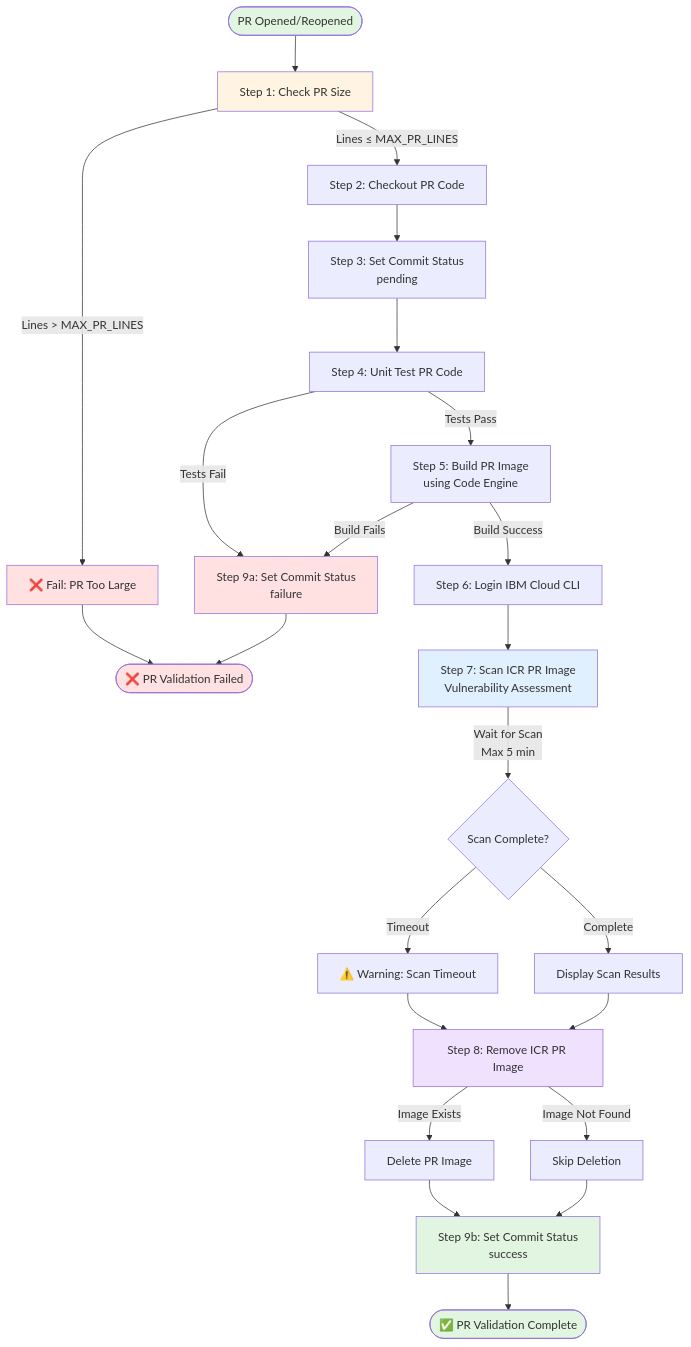
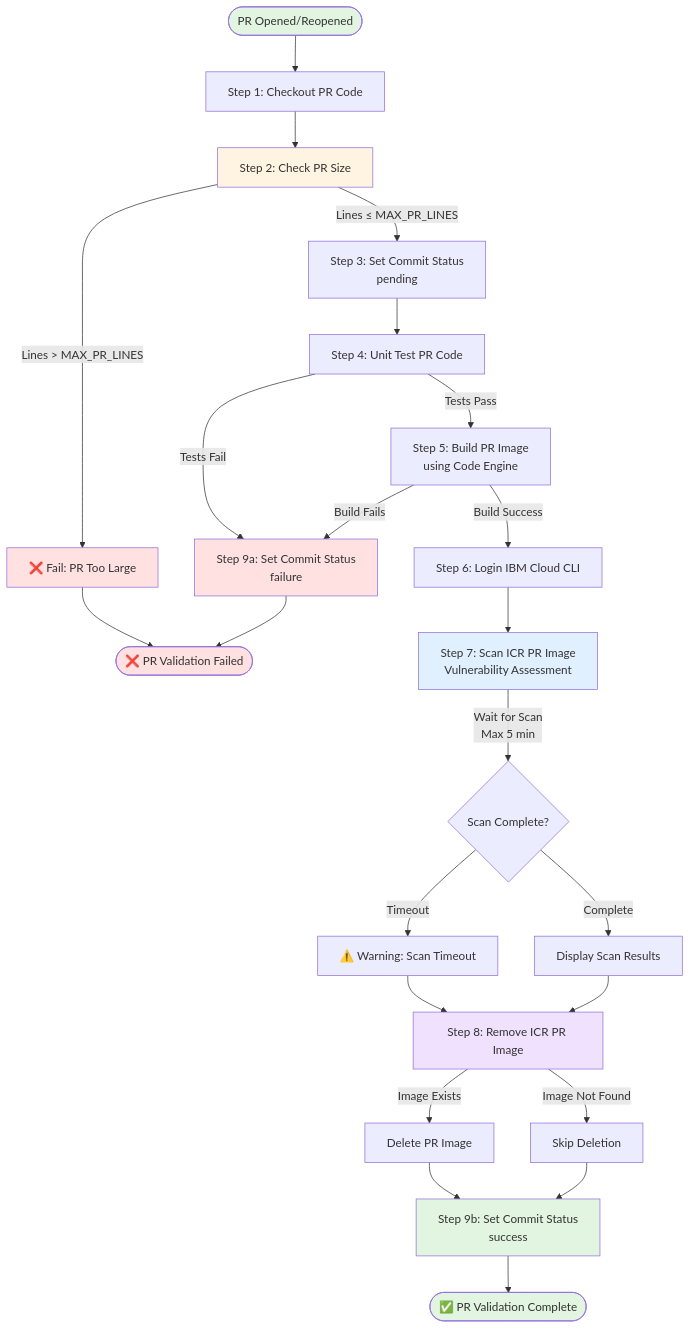
One commit to tonymcguckin/code-engine-sample changed the diagram in docs/pr-pipeline-flow.md. Above: the diagram before and after it, drawn with Mermaid. The commit also changed other lines of this file and 2 other files, not shown here.

````diff
--- a/docs/pr-pipeline-flow.md
+++ b/docs/pr-pipeline-flow.md
@@ -5,44 +5,44 @@
 ```mermaid
 flowchart TD
-    Start([PR Opened/Reopened]) --> CheckSize[Step 1: Check PR Size]
+    Start([PR Opened/Reopened]) --> Checkout[Step 1: Checkout PR Code]
+    
+    Checkout --> CheckSize[Step 2: Check PR Size]
     CheckSize -->|Lines > MAX_PR_LINES| Fail1[❌ Fail: PR Too Large]
-    CheckSize -->|Lines ≤ MAX_PR_LINES| Checkout[Step 2: Checkout PR Code]
-    
-    Checkout --> SetPending[Step 3: Set Commit Status<br/>pending]
+    CheckSize -->|Lines ≤ MAX_PR_LINES| SetPending[Step 3: Set Commit Status<br/>pending]
     SetPending --> UnitTest[Step 4: Unit Test PR Code]
     
     UnitTest -->|Tests Fail| SetFail[Step 9a: Set Commit Status<br/>failure]
     UnitTest -->|Tests Pass| BuildImage[Step 5: Build PR Image<br/>using Code Engine]
     
     BuildImage -->|Build Fails| SetFail
     BuildImage -->|Build Success| LoginCLI[Step 6: Login IBM Cloud CLI]
     
     LoginCLI --> ScanImage[Step 7: Scan ICR PR Image<br/>Vulnerability Assessment]
     
     ScanImage -->|Wait for Scan<br/>Max 5 min| ScanComplete{Scan Complete?}
     ScanComplete -->|Timeout| ScanWarning[⚠️ Warning: Scan Timeout]
     ScanComplete -->|Complete| DisplayResults[Display Scan Results]
     
     ScanWarning --> RemoveImage[Step 8: Remove ICR PR Image]
     DisplayResults --> RemoveImage
     
     RemoveImage -->|Image Exists| DeleteImage[Delete PR Image]
     RemoveImage -->|Image Not Found| SkipDelete[Skip Deletion]
     
     DeleteImage --> SetSuccess[Step 9b: Set Commit Status<br/>success]
     SkipDelete --> SetSuccess
     
     SetSuccess --> End([✅ PR Validation Complete])
     SetFail --> End2([❌ PR Validation Failed])
     Fail1 --> End2
     
     style Start fill:#e1f5e1
     style End fill:#e1f5e1
     style End2 fill:#ffe1e1
     style Fail1 fill:#ffe1e1
     style SetFail fill:#ffe1e1
     style SetSuccess fill:#e1f5e1
     style CheckSize fill:#fff4e1
     style ScanImage fill:#e1f0ff
     style RemoveImage fill:#f0e1ff
 ```
````
